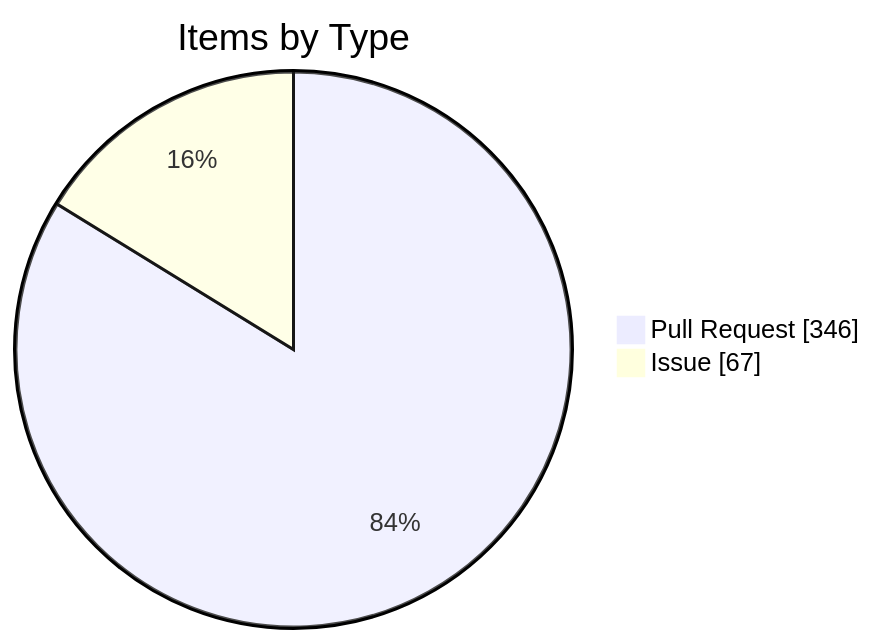
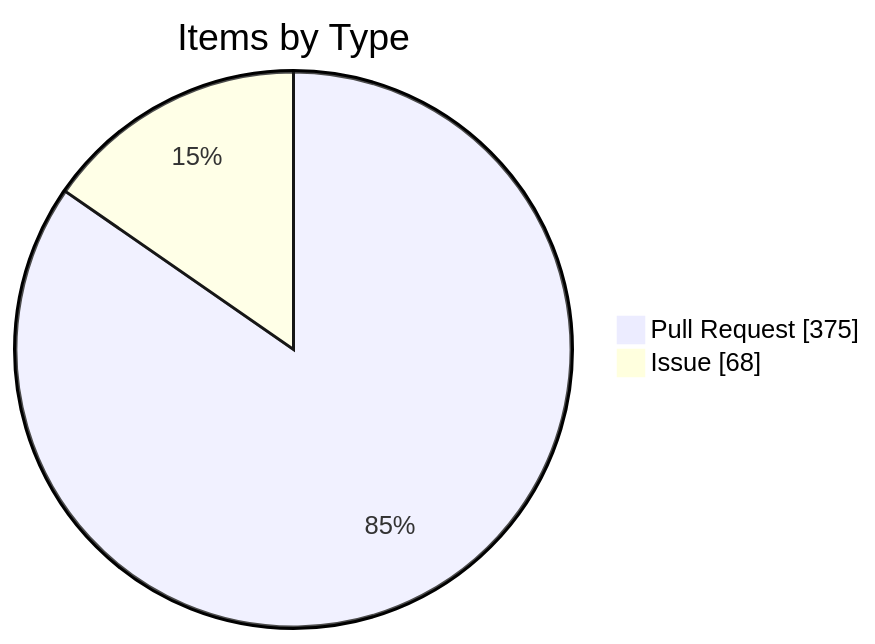
Before and after one commit to KBVE/kbve: the fourth of 4 diagrams in apps/kbve/astro-kbve/src/content/docs/dashboard/kanban.mdx, drawn with Mermaid. The commit also changed other lines of this file and 8 other files, not shown here.

````diff
--- a/apps/kbve/astro-kbve/src/content/docs/dashboard/kanban.mdx
+++ b/apps/kbve/astro-kbve/src/content/docs/dashboard/kanban.mdx
@@ -116,6 +116,6 @@
 ```mermaid
 pie showData
     title Items by Type
-    "Pull Request" : 346
-    "Issue" : 67
+    "Pull Request" : 375
+    "Issue" : 68
 ```
````
